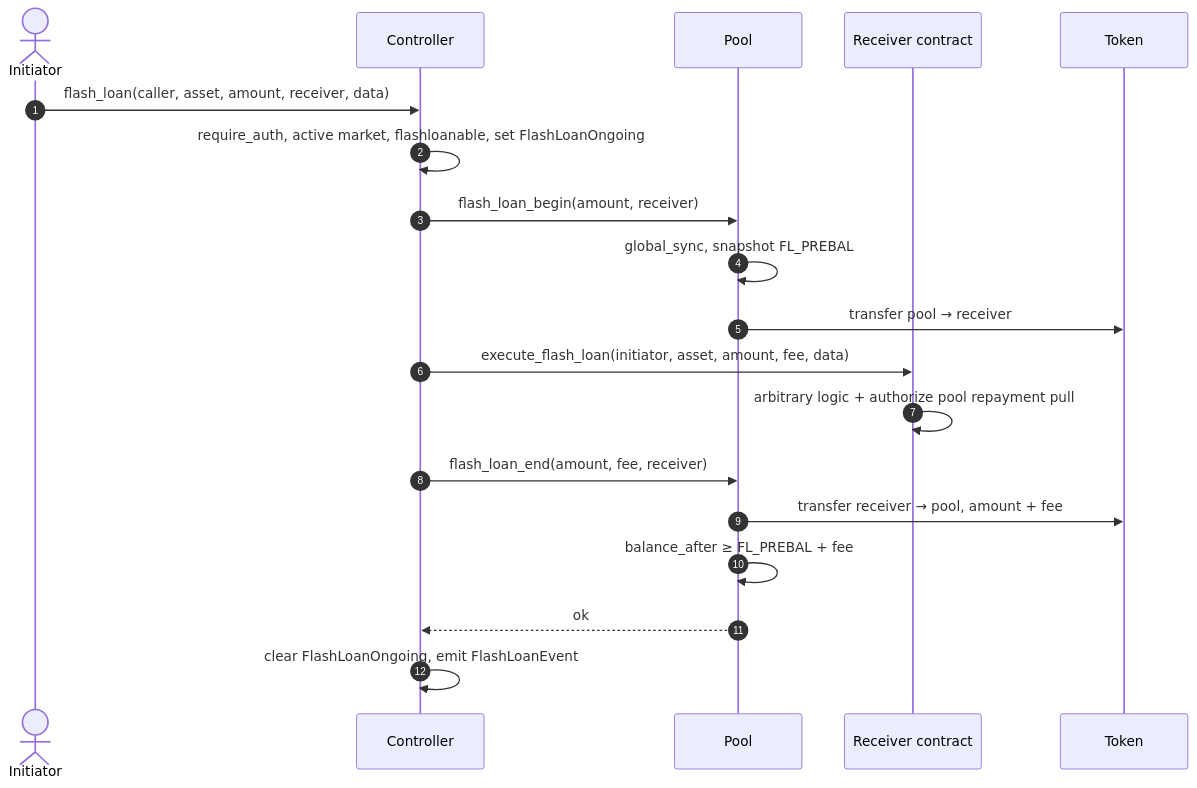
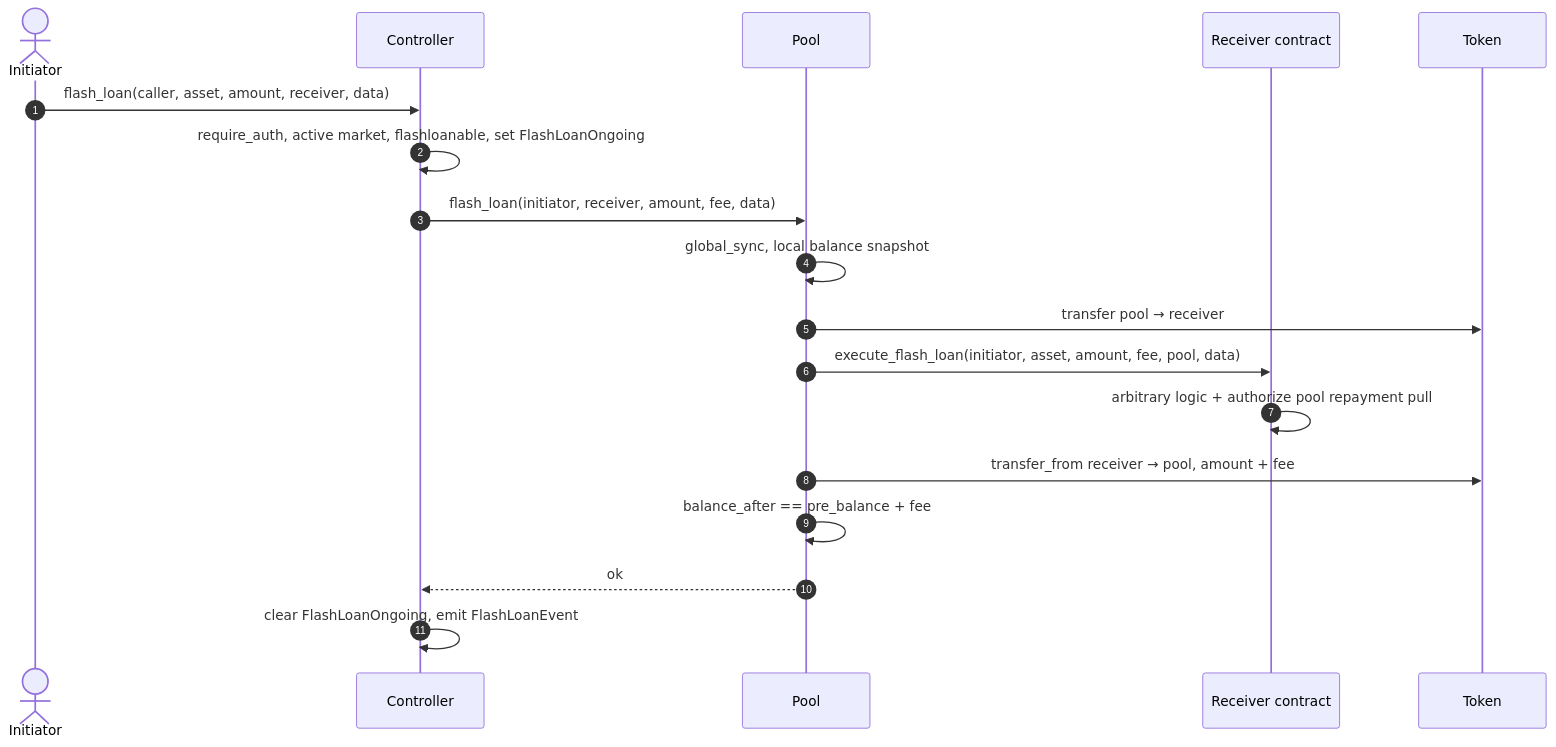
One commit to XOXNO/rs-lending-xlm changed the ninth of 14 diagrams in SCF_BUILD_ARCHITECTURE.md. Above: the diagram before and after it, drawn with Mermaid. The commit also changed other lines of this file and 23 other files, not shown here.

Commit message:
Harden flash loan flow

````diff
--- a/SCF_BUILD_ARCHITECTURE.md
+++ b/SCF_BUILD_ARCHITECTURE.md
@@ -709,22 +712,21 @@
 ```mermaid
 sequenceDiagram
     autonumber
     actor I as Initiator
     participant C as Controller
     participant P as Pool
     participant RC as Receiver contract
     participant T as Token
 
     I->>C: flash_loan(caller, asset, amount, receiver, data)
     C->>C: require_auth, active market, flashloanable, set FlashLoanOngoing
-    C->>P: flash_loan_begin(amount, receiver)
-    P->>P: global_sync, snapshot FL_PREBAL
+    C->>P: flash_loan(initiator, receiver, amount, fee, data)
+    P->>P: global_sync, local balance snapshot
     P->>T: transfer pool → receiver
-    C->>RC: execute_flash_loan(initiator, asset, amount, fee, data)
+    P->>RC: execute_flash_loan(initiator, asset, amount, fee, pool, data)
     RC->>RC: arbitrary logic + authorize pool repayment pull
-    C->>P: flash_loan_end(amount, fee, receiver)
-    P->>T: transfer receiver → pool, amount + fee
-    P->>P: balance_after ≥ FL_PREBAL + fee
+    P->>T: transfer_from receiver → pool, amount + fee
+    P->>P: balance_after == pre_balance + fee
     P-->>C: ok
     C->>C: clear FlashLoanOngoing, emit FlashLoanEvent
 ```
````
